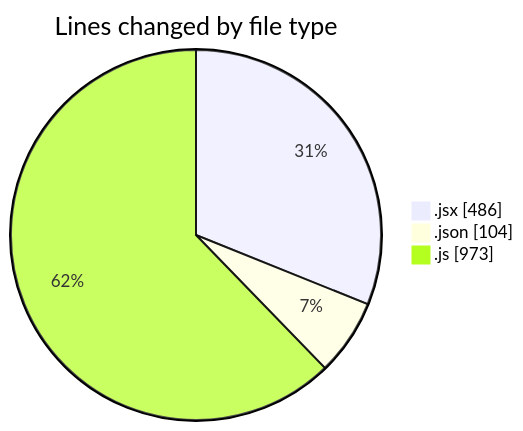
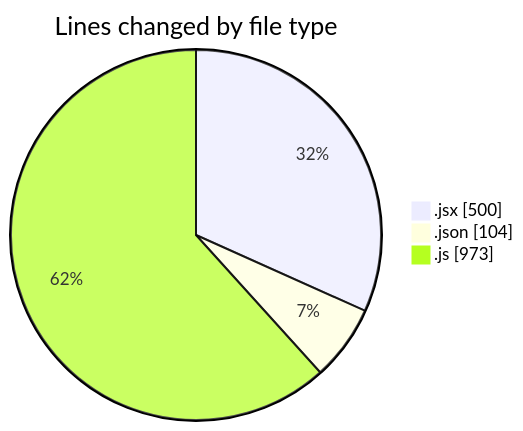
The first of 2 diagrams in 2025-05-19/cda/README.md (momahboobian/code-tracking), drawn with Mermaid before and after one commit. The commit also changed other lines of this file and 1 other file, not shown here.

````diff
--- a/2025-05-19/cda/README.md
+++ b/2025-05-19/cda/README.md
@@ -25,7 +25,7 @@
 ```mermaid
 pie showData
 title Lines changed by file type
-".jsx" : 486
+".jsx" : 500
 ".json" : 104
 ".js" : 973
 ```
````
